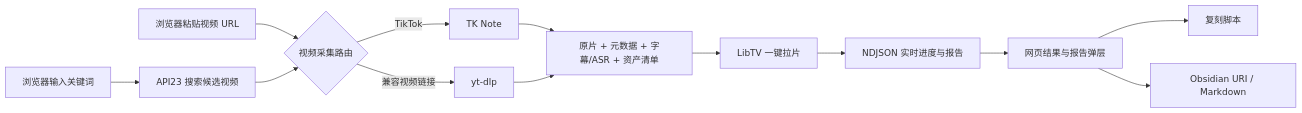
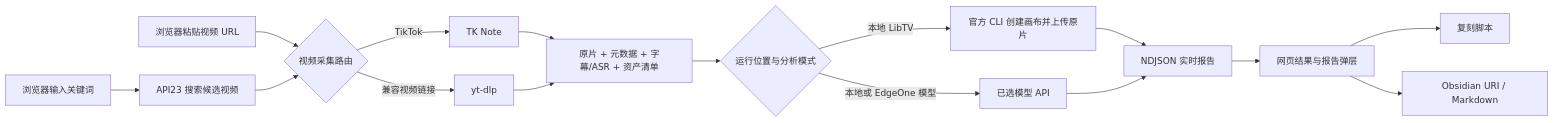
One commit to chongchonghaoman/ViralX changed the diagram in README.md. Above: the diagram before and after it, drawn with Mermaid. The commit also changed other lines of this file and 33 other files, not shown here.

````diff
--- a/README.md
+++ b/README.md
@@ -157,15 +157,18 @@
 ```mermaid
 flowchart LR
     A[浏览器输入关键词] --> B[API23 搜索候选视频]
     U[浏览器粘贴视频 URL] --> C{视频采集路由}
     B --> C
     C -->|TikTok| D[TK Note]
     C -->|兼容视频链接| E[yt-dlp]
     D --> F[原片 + 元数据 + 字幕/ASR + 资产清单]
     E --> F
-    F --> G[LibTV 一键拉片]
-    G --> H[NDJSON 实时进度与报告]
+    F --> G{运行位置与分析模式}
+    G -->|本地 LibTV| L[官方 CLI 创建画布并上传原片]
+    G -->|本地或 EdgeOne 模型| M[已选模型 API]
+    L --> H[NDJSON 返回画布入口]
+    M --> H[NDJSON 实时报告]
     H --> I[网页结果与报告弹层]
     I --> J[复刻脚本]
     I --> K[Obsidian URI / Markdown]
 ```
````
